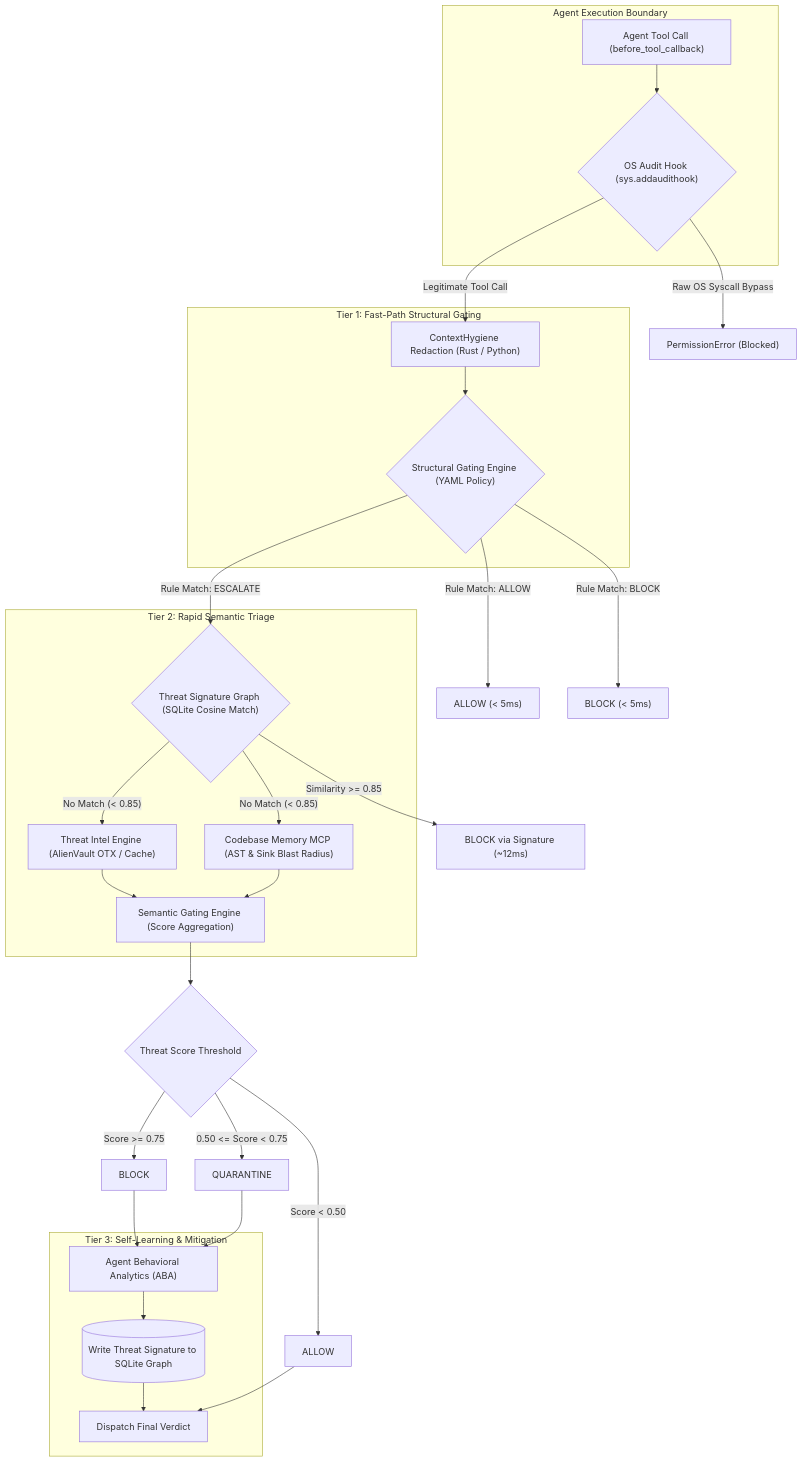
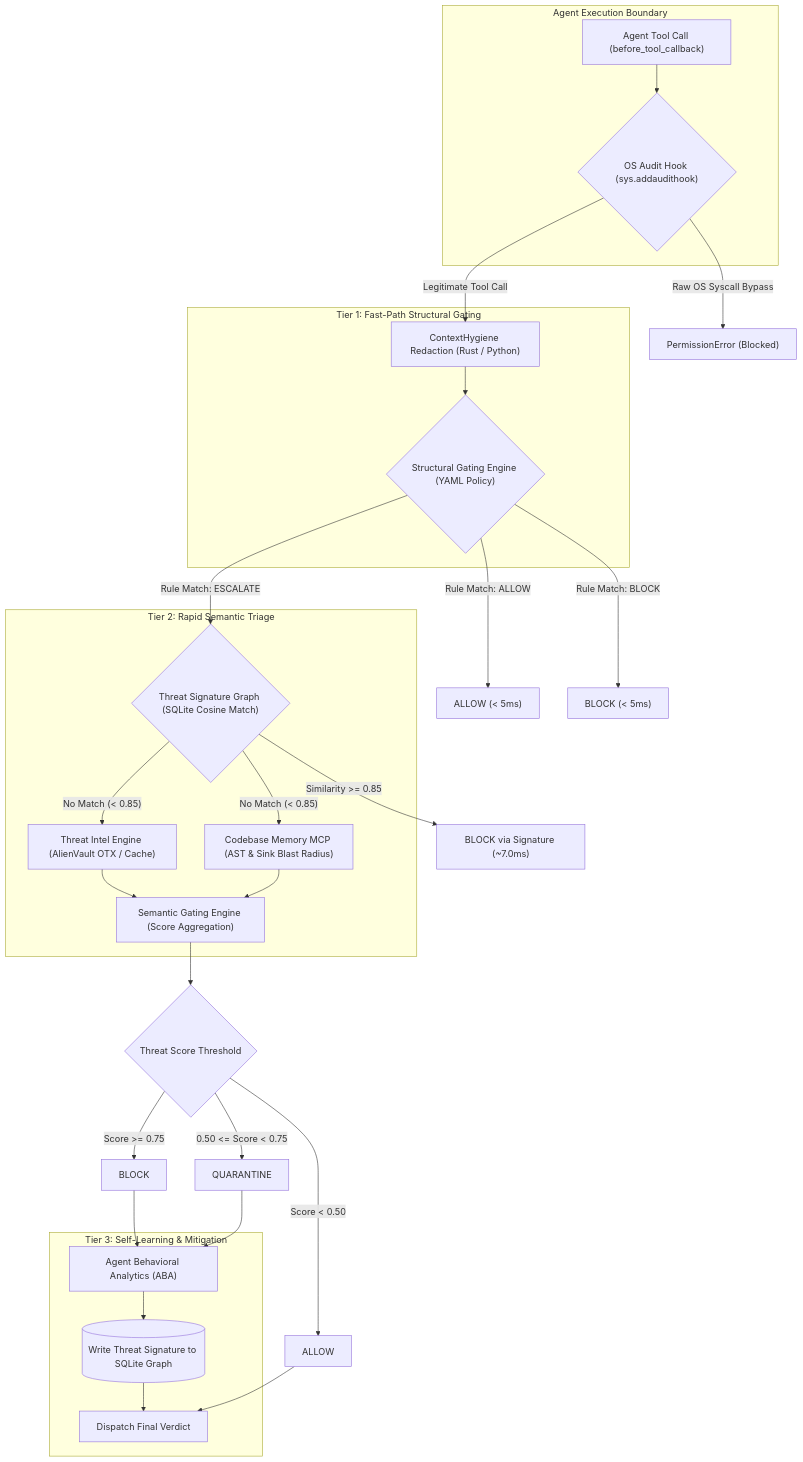
The first of 3 diagrams in ARCHITECTURE.md (JAaron93/Blackwall), drawn with Mermaid before and after one commit. The commit also changed other lines of this file and 2 other files, not shown here.

````diff
--- a/ARCHITECTURE.md
+++ b/ARCHITECTURE.md
@@ -28,52 +28,52 @@
 ```mermaid
 flowchart TD
     subgraph Agent Execution Boundary
         AgentToolCall["Agent Tool Call (before_tool_callback)"]
         AuditHookCheck{"OS Audit Hook (sys.addaudithook)"}
     end
 
     subgraph Tier 1: Fast-Path Structural Gating
         ContextHygiene["ContextHygiene Redaction (Rust / Python)"]
         StructuralGating{"Structural Gating Engine (YAML Policy)"}
     end
 
     subgraph Tier 2: Rapid Semantic Triage
         TSGQuery{"Threat Signature Graph (SQLite Cosine Match)"}
         TIQuery["Threat Intel Engine (AlienVault OTX / Cache)"]
         CBMQuery["Codebase Memory MCP (AST & Sink Blast Radius)"]
         SemanticEngine["Semantic Gating Engine (Score Aggregation)"]
     end
 
     subgraph Tier 3: Self-Learning & Mitigation
         ABAPipeline["Agent Behavioral Analytics (ABA)"]
         TSGPersist[("Write Threat Signature to SQLite Graph")]
         VerdictDispatch["Dispatch Final Verdict"]
     end
 
     AgentToolCall --> AuditHookCheck
     AuditHookCheck -- "Raw OS Syscall Bypass" --> OSBlock["PermissionError (Blocked)"]
     AuditHookCheck -- "Legitimate Tool Call" --> ContextHygiene
     ContextHygiene --> StructuralGating
 
     StructuralGating -- "Rule Match: ALLOW" --> AllowFast["ALLOW (< 5ms)"]
     StructuralGating -- "Rule Match: BLOCK" --> BlockFast["BLOCK (< 5ms)"]
     StructuralGating -- "Rule Match: ESCALATE" --> TSGQuery
 
-    TSGQuery -- "Similarity >= 0.85" --> MatchBlock["BLOCK via Signature (~12ms)"]
+    TSGQuery -- "Similarity >= 0.85" --> MatchBlock["BLOCK via Signature (~7.0ms)"]
     TSGQuery -- "No Match (< 0.85)" --> TIQuery
     TSGQuery -- "No Match (< 0.85)" --> CBMQuery
 
     TIQuery --> SemanticEngine
     CBMQuery --> SemanticEngine
     SemanticEngine --> ThresholdEval{"Threat Score Threshold"}
 
     ThresholdEval -- "Score >= 0.75" --> SemanticBlock["BLOCK"]
     ThresholdEval -- "0.50 <= Score < 0.75" --> SemanticQuarantine["QUARANTINE"]
     ThresholdEval -- "Score < 0.50" --> SemanticAllow["ALLOW"]
 
     SemanticBlock --> ABAPipeline
     SemanticQuarantine --> ABAPipeline
     ABAPipeline --> TSGPersist
     TSGPersist --> VerdictDispatch
     SemanticAllow --> VerdictDispatch
 ```
````
